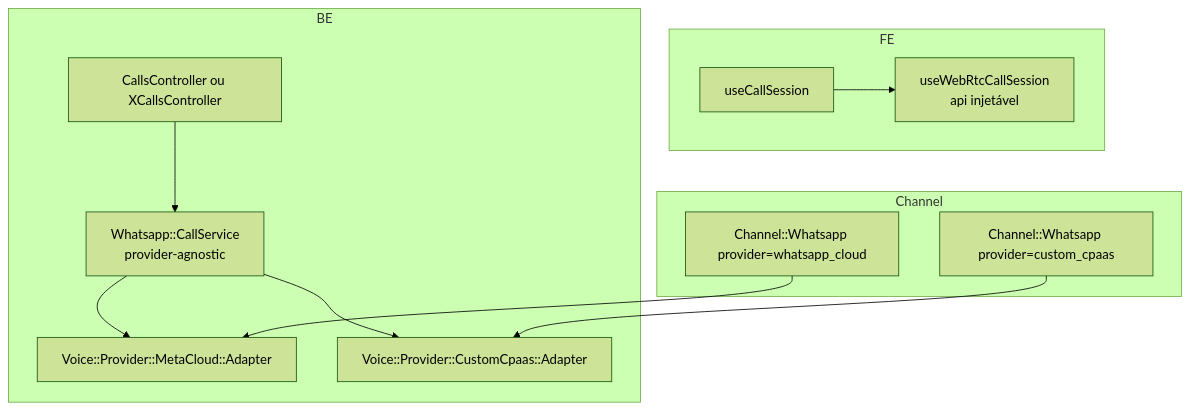
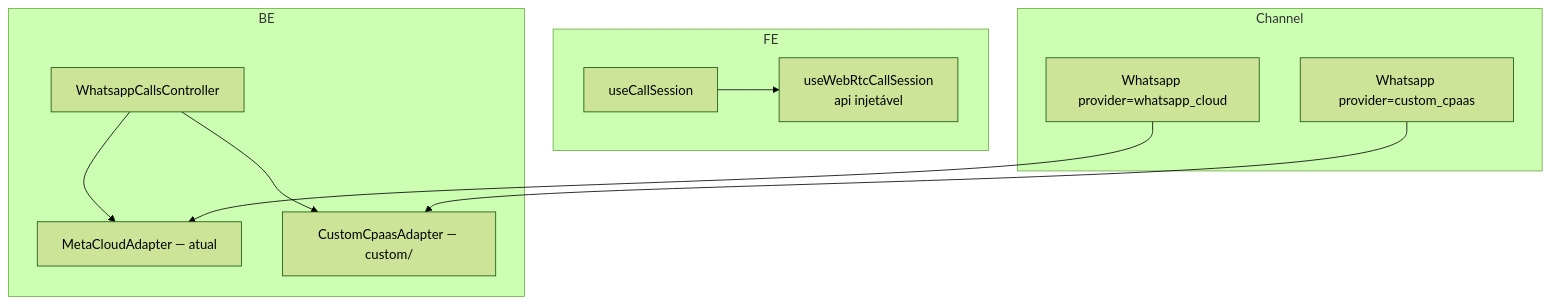
The second of 2 diagrams in doc/feature/whatsapp-voice/second-provider-strategy.md (cesar-carlos/chatwoot), drawn with Mermaid (forest theme) before and after one commit. The commit also changed other lines of this file and 16 other files, not shown here.

First line of the commit message:
docs(whatsapp): reanalyze provider and voice integration guides

````diff
--- a/doc/feature/whatsapp-voice/second-provider-strategy.md
+++ b/doc/feature/whatsapp-voice/second-provider-strategy.md
@@ -18,26 +59,23 @@
 ```mermaid
 flowchart TB
     subgraph FE
         UCS[useCallSession]
-        WCS[useWebRtcCallSession<br/>api injetável]
-        UCS --> WCS
+        WEB[useWebRtcCallSession<br/>api injetável]
+        UCS --> WEB
     end
 
     subgraph BE
-        Ctrl[CallsController ou XCallsController]
-        Svc[Whatsapp::CallService<br/>provider-agnostic]
-        Adp1[Voice::Provider::MetaCloud::Adapter]
-        Adp2[Voice::Provider::CustomCpaas::Adapter]
-        Ctrl --> Svc
-        Svc --> Adp1
-        Svc --> Adp2
+        Ctrl[WhatsappCallsController]
+        Adp1[MetaCloudAdapter — atual]
+        Adp2[CustomCpaasAdapter — custom/]
+        Ctrl --> Adp1 & Adp2
     end
 
     subgraph Channel
-        Ch1[Channel::Whatsapp provider=whatsapp_cloud]
-        Ch2[Channel::Whatsapp provider=custom_cpaas]
+        Ch1[Whatsapp provider=whatsapp_cloud]
+        Ch2[Whatsapp provider=custom_cpaas]
     end
 
     Ch1 --> Adp1
     Ch2 --> Adp2
 ```
````
